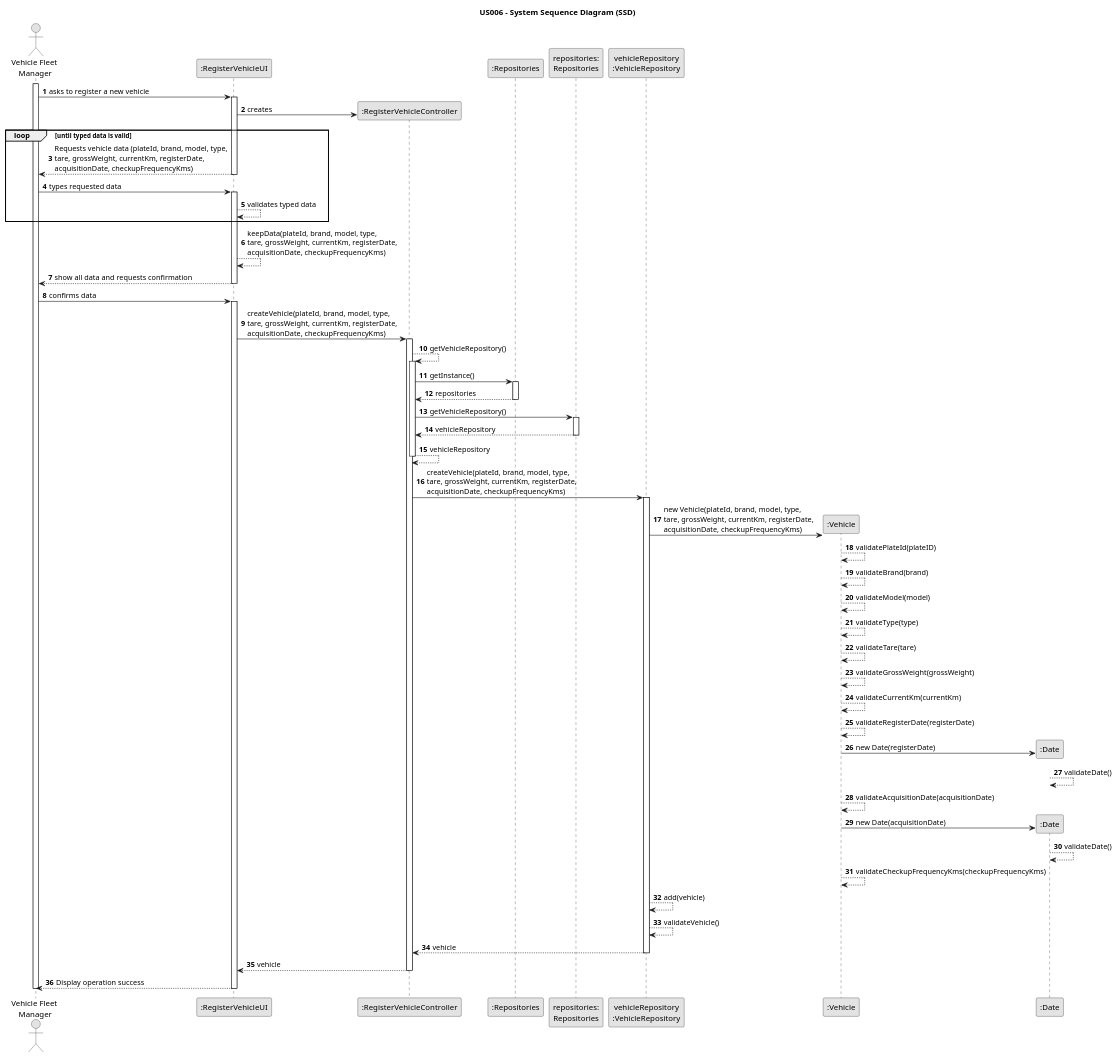
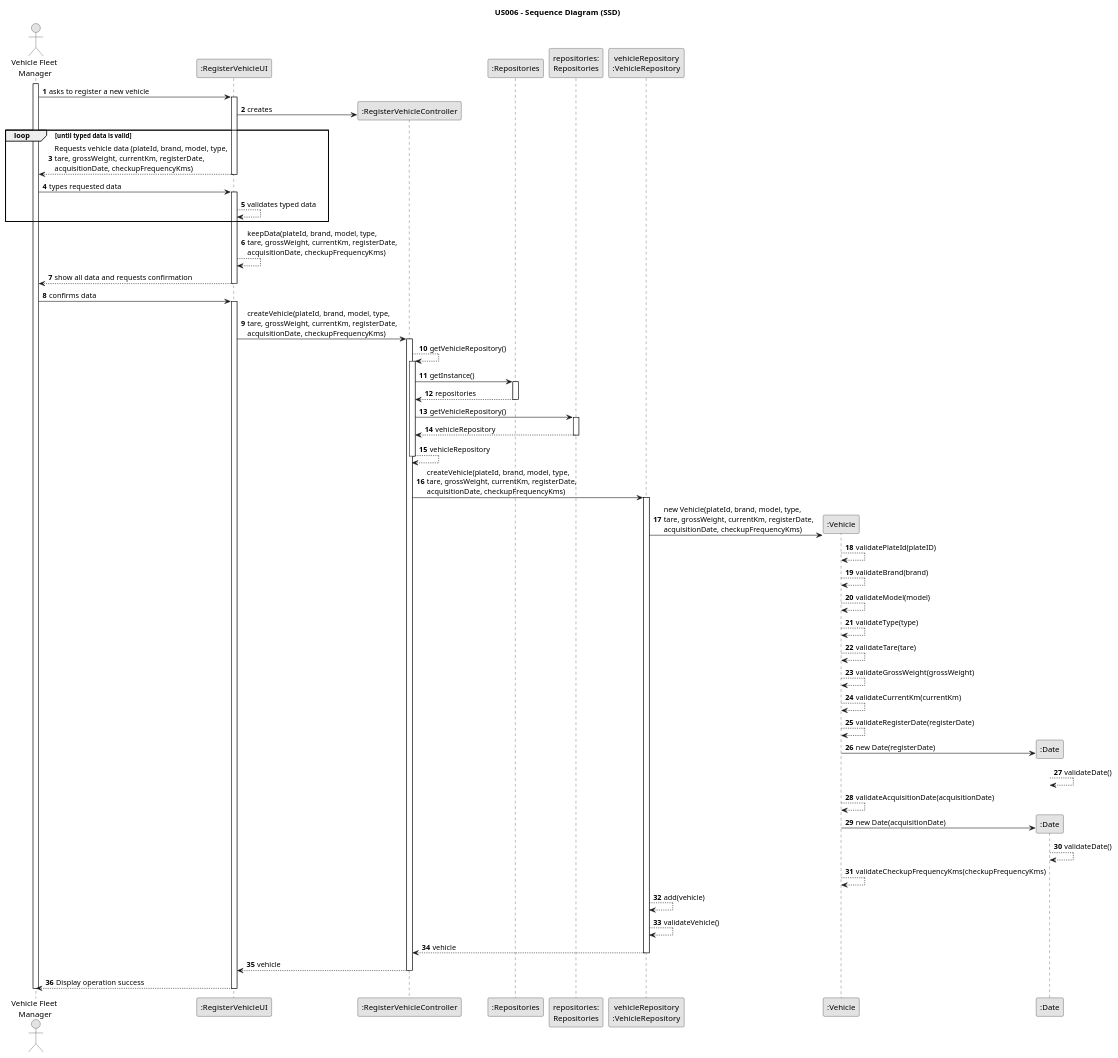
The diagram in docs/sprintB/us006/03.design/puml/us006-sequence-diagram.puml (Rui-San/LAPR2_2023_2024), drawn with PlantUML before and after one commit. The commit also changed 2 other files, not shown here.

```diff
--- a/docs/sprintB/us006/03.design/puml/us006-sequence-diagram.puml
+++ b/docs/sprintB/us006/03.design/puml/us006-sequence-diagram.puml
@@ -1,99 +1,99 @@
 @startuml
 skinparam monochrome true
 skinparam packageStyle rectangle
 skinparam shadowing false
 
-title US006 - System Sequence Diagram (SSD)
+title US006 - Sequence Diagram (SSD)
 
 autonumber
 
 actor "Vehicle Fleet\n Manager" as VFM
 participant ":RegisterVehicleUI" as UI
 participant ":RegisterVehicleController" as CTRL
 participant ":Repositories" as REPOS
 participant "repositories:\nRepositories" as REPOSInstance
 participant "vehicleRepository\n:VehicleRepository" as VehicleREPO
 participant ":Vehicle" as Vehicle
 participant ":Date" as Date
 
 activate VFM
 
     VFM -> UI : asks to register a new vehicle
     activate UI
 
         UI -> CTRL** : creates
 loop until typed data is valid
         UI --> VFM : Requests vehicle data (plateId, brand, model, type,\ntare, grossWeight, currentKm, registerDate,\nacquisitionDate, checkupFrequencyKms)
 
     deactivate UI
 
     VFM -> UI : types requested data
     activate UI
 
         UI --> UI : validates typed data
 end loop
         UI -->UI : keepData(plateId, brand, model, type,\ntare, grossWeight, currentKm, registerDate,\nacquisitionDate, checkupFrequencyKms)
         UI --> VFM : show all data and requests confirmation
 
     deactivate UI
 
     VFM -> UI : confirms data
     activate UI
 
         UI -> CTRL: createVehicle(plateId, brand, model, type,\ntare, grossWeight, currentKm, registerDate,\nacquisitionDate, checkupFrequencyKms)
         activate CTRL
 
             CTRL --> CTRL : getVehicleRepository()
             activate CTRL
 
                 CTRL -> REPOS : getInstance()
                 activate REPOS
 
                     REPOS --> CTRL : repositories
                 deactivate REPOS
 
                 CTRL -> REPOSInstance : getVehicleRepository()
                 activate REPOSInstance
 
                     REPOSInstance --> CTRL : vehicleRepository
                 deactivate REPOSInstance
                 CTRL --> CTRL : vehicleRepository
             deactivate CTRL
 
             CTRL -> VehicleREPO : createVehicle(plateId, brand, model, type,\ntare, grossWeight, currentKm, registerDate,\nacquisitionDate, checkupFrequencyKms)
             activate VehicleREPO
 
                 VehicleREPO -> Vehicle** : new Vehicle(plateId, brand, model, type,\ntare, grossWeight, currentKm, registerDate,\nacquisitionDate, checkupFrequencyKms)
 
                     Vehicle --> Vehicle : validatePlateId(plateID)
                     Vehicle --> Vehicle : validateBrand(brand)
                     Vehicle --> Vehicle : validateModel(model)
                     Vehicle --> Vehicle : validateType(type)
                     Vehicle --> Vehicle : validateTare(tare)
                     Vehicle --> Vehicle : validateGrossWeight(grossWeight)
                     Vehicle --> Vehicle : validateCurrentKm(currentKm)
                     Vehicle --> Vehicle : validateRegisterDate(registerDate)
                     Vehicle -> Date** : new Date(registerDate)
                         Date --> Date : validateDate()
                     Vehicle --> Vehicle : validateAcquisitionDate(acquisitionDate)
                     Vehicle -> Date** : new Date(acquisitionDate)
                         Date --> Date : validateDate()
                     Vehicle --> Vehicle : validateCheckupFrequencyKms(checkupFrequencyKms)
 
                 VehicleREPO --> VehicleREPO : add(vehicle)
                 VehicleREPO --> VehicleREPO : validateVehicle()
                 VehicleREPO --> CTRL : vehicle
             deactivate VehicleREPO
 
             CTRL --> UI : vehicle
         deactivate CTRL
 
         UI --> VFM : Display operation success
 
     deactivate UI
 
 deactivate VFM
 
 
 
 @enduml
```
